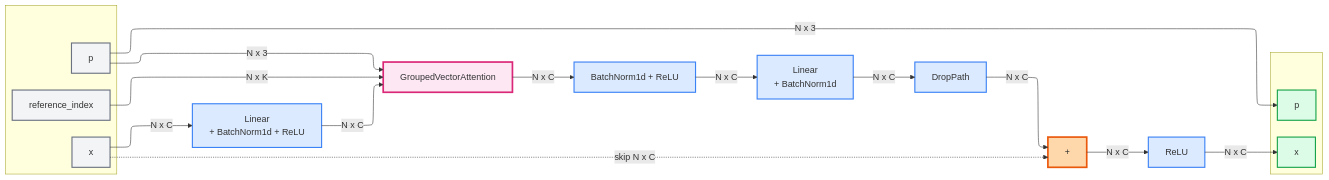
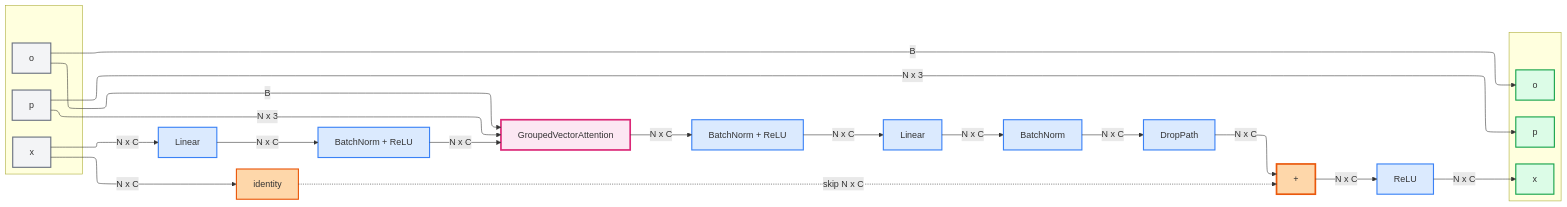
Before and after one commit to antoineach/antoineach.github.io: the diagram in assets/img/poinTransformerV2/block.md, drawn with Mermaid. The commit also changed 3 other files, not shown here.

````diff
--- a/assets/img/poinTransformerV2/block.md
+++ b/assets/img/poinTransformerV2/block.md
@@ -1,54 +1,63 @@
 ```mermaid
 ---
 config:
   layout: elk
 ---
 graph LR
     subgraph InputPXO[" "]
         p["p"]
         x["x"]
-        ref["reference_index"]
+        o["o"]
     end
     
-    x -->|N x C| FC1["Linear<br>+ BatchNorm1d + ReLU"]
+    x -->|N x C| Identity["identity"]
+    x -->|N x C| FC1["Linear"]
     
-    FC1 -->|N x C| GVA["GroupedVectorAttention"]
+    FC1 -->|N x C| Norm1["BatchNorm + ReLU"]
+    Norm1 -->|N x C| GVA["GroupedVectorAttention"]
     
     p -->|N x 3| GVA
-    ref -->|N x K| GVA
+    o -->|B| GVA
     
-    GVA -->|N x C| Norm2["BatchNorm1d + ReLU"]
-    Norm2 -->|N x C| FC3["Linear<br>+ BatchNorm1d"]
+    GVA -->|N x C| Norm2["BatchNorm + ReLU"]
+    Norm2 -->|N x C| FC3["Linear"]
+    FC3 -->|N x C| Norm3["BatchNorm"]
     
-    FC3 -->|N x C| DropPath["DropPath"]
+    Norm3 -->|N x C| DropPath["DropPath"]
     DropPath -->|N x C| Add["+"]
-    x -.skip N x C.-> Add
+    Identity -.skip N x C.-> Add
     
     Add -->|N x C| ReLU["ReLU"]
     
     subgraph OutputPXO[" "]
         pout["p"]
         xout["x"]
+        oout["o"]
     end
     
     p -->|N x 3| pout
     ReLU -->|N x C| xout
+    o -->|B| oout
     
     style p fill:#f3f4f6,stroke:#6b7280,stroke-width:2px
     style x fill:#f3f4f6,stroke:#6b7280,stroke-width:2px
-    style ref fill:#f3f4f6,stroke:#6b7280,stroke-width:2px
+    style o fill:#f3f4f6,stroke:#6b7280,stroke-width:2px
     
+    style Identity fill:#fed7aa,stroke:#ea580c,stroke-width:2px
     style FC1 fill:#dbeafe,stroke:#3b82f6,stroke-width:2px
+    style Norm1 fill:#dbeafe,stroke:#3b82f6,stroke-width:2px
     
     style GVA fill:#fce7f3,stroke:#db2777,stroke-width:3px
     
     style Norm2 fill:#dbeafe,stroke:#3b82f6,stroke-width:2px
     style FC3 fill:#dbeafe,stroke:#3b82f6,stroke-width:2px
+    style Norm3 fill:#dbeafe,stroke:#3b82f6,stroke-width:2px
     style DropPath fill:#dbeafe,stroke:#3b82f6,stroke-width:2px
     
     style Add fill:#fed7aa,stroke:#ea580c,stroke-width:3px
     style ReLU fill:#dbeafe,stroke:#3b82f6,stroke-width:2px
     
     style pout fill:#dcfce7,stroke:#16a34a,stroke-width:2px
     style xout fill:#dcfce7,stroke:#16a34a,stroke-width:2px
+    style oout fill:#dcfce7,stroke:#16a34a,stroke-width:2px
 ```
````
